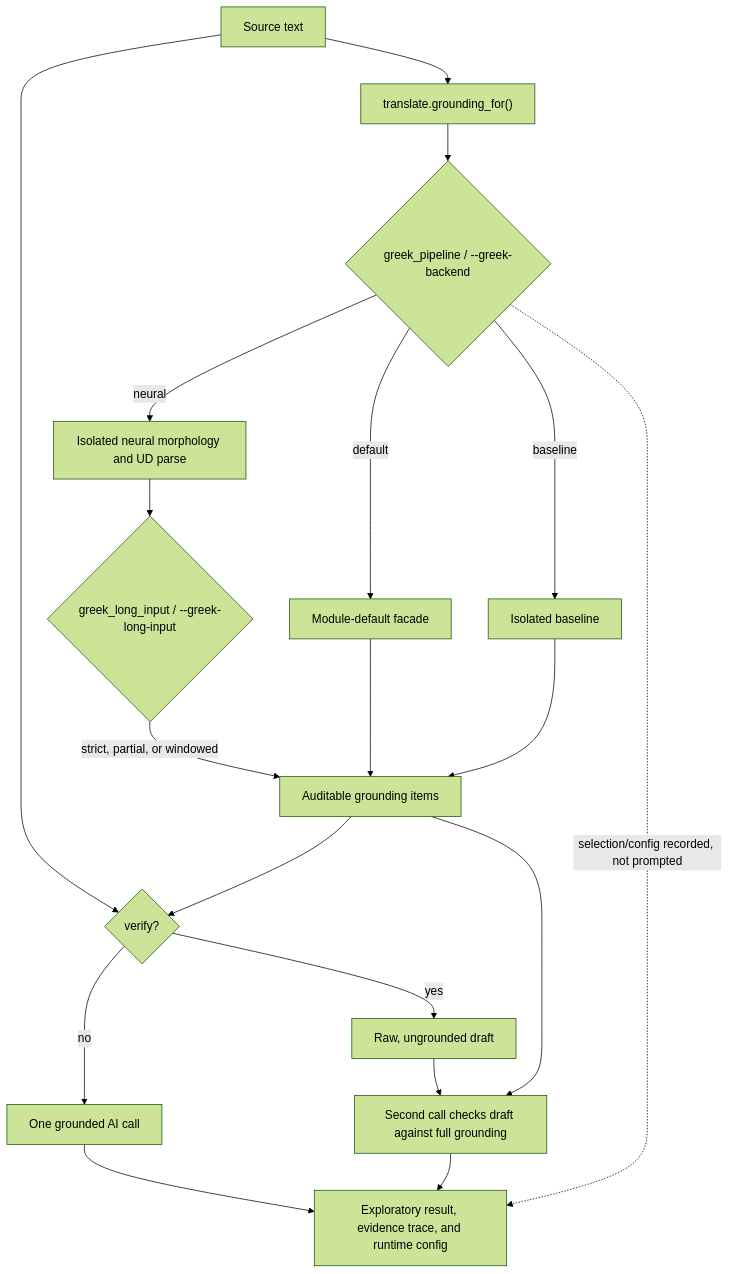
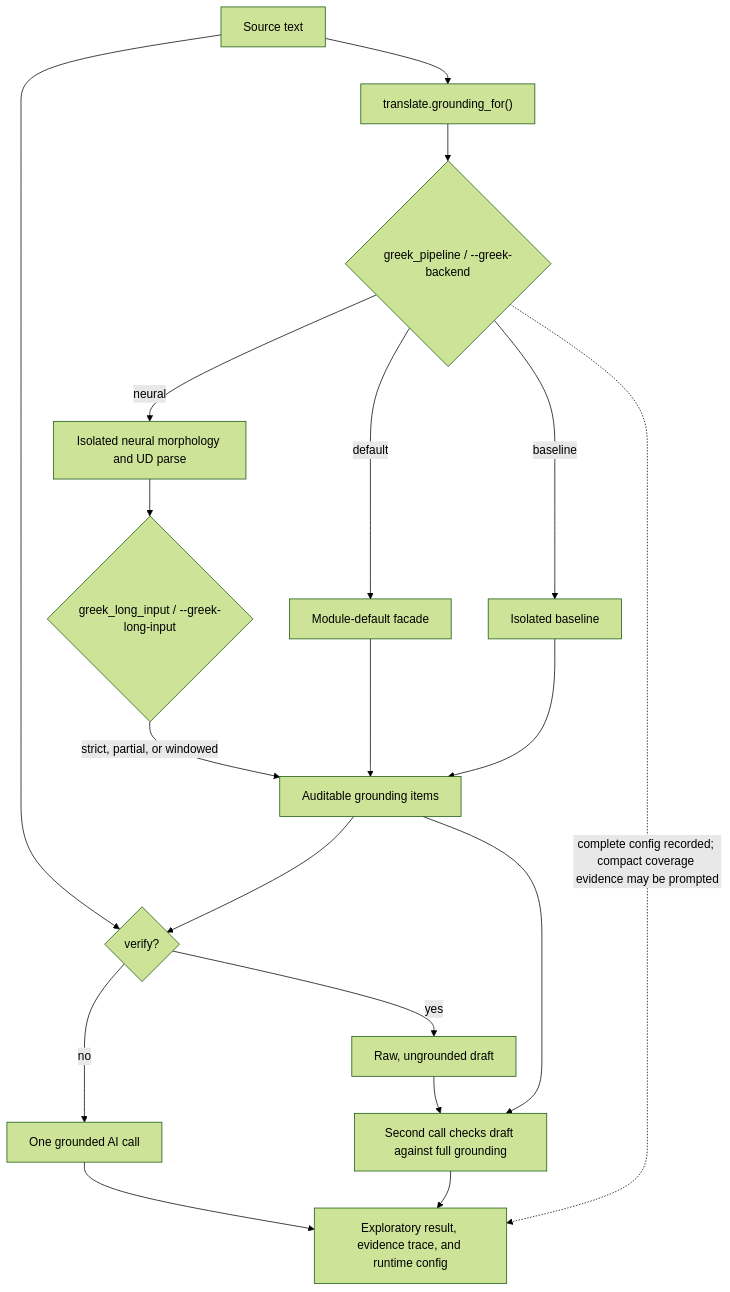
The diagram in wiki/Translation.md (ryanpavlicek/pyaegean), drawn with Mermaid (forest theme) before and after one commit. The commit also changed other lines of this file and 128 other files, not shown here.

````diff
--- a/wiki/Translation.md
+++ b/wiki/Translation.md
@@ -142,21 +143,21 @@
 ```mermaid
 flowchart TD
     T["Source text"] --> G["translate.grounding_for()"]
     G --> Q{"greek_pipeline / --greek-backend"}
     Q -->|"default"| P["Module-default facade"]
     Q -->|"baseline"| B["Isolated baseline"]
     Q -->|"neural"| N["Isolated neural morphology and UD parse"]
     N --> L{"greek_long_input / --greek-long-input"}
     L -->|"strict, partial, or windowed"| E
     P --> E["Auditable grounding items"]
     B --> E
     T --> V{"verify?"}
     E --> V
     V -->|"no"| O["One grounded AI call"]
     V -->|"yes"| D["Raw, ungrounded draft"]
     D --> C["Second call checks draft against full grounding"]
     E --> C
     O --> R["Exploratory result, evidence trace, and runtime config"]
     C --> R
-    Q -. "selection/config recorded, not prompted" .-> R
+    Q -. "complete config recorded; compact coverage evidence may be prompted" .-> R
 ```
````
